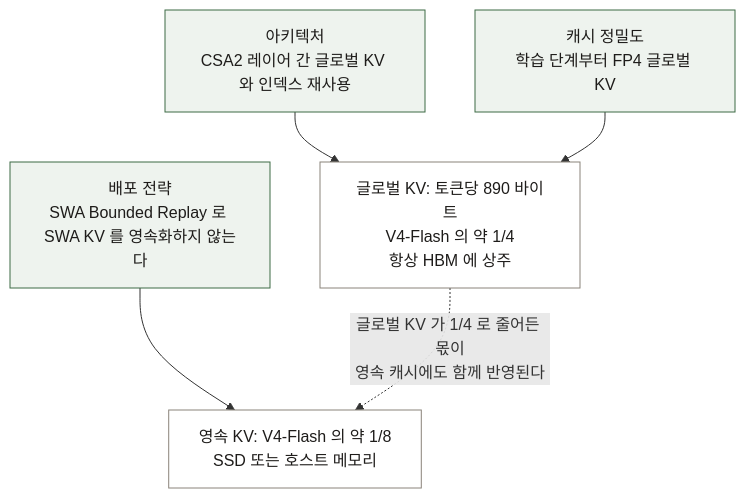
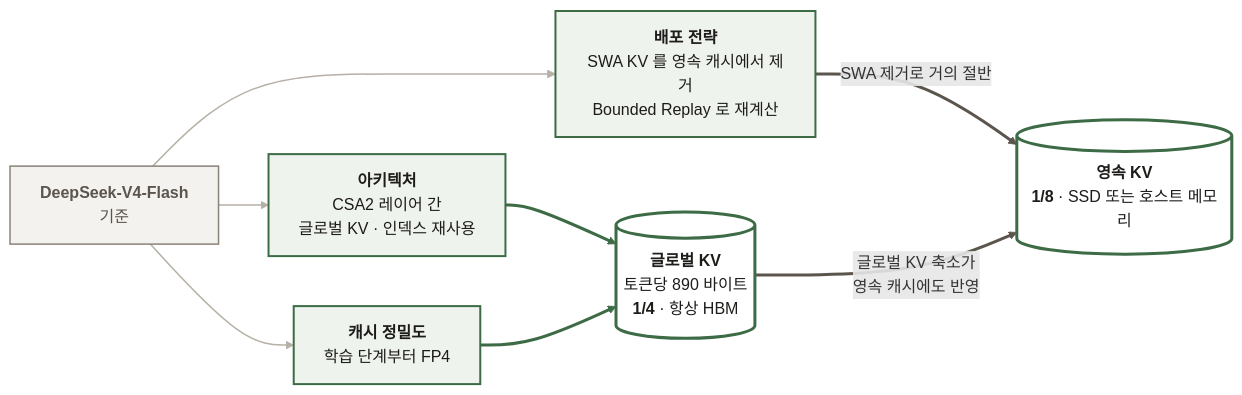
One commit to workdd/I_AM_ML_Engineer changed the third of 3 diagrams in readings/papers/[20260911] DeepSeek-V4.1-Flash_KV_Cache_Compression.md. Above: the diagram before and after it, drawn with Mermaid. The commit also changed other lines of this file and 1 other file, not shown here.

First line of the commit message:
docs: 다이어그램을 Mermaid 고급 문법으로 다시 그림

````diff
--- a/readings/papers/[20260911] DeepSeek-V4.1-Flash_KV_Cache_Compression.md
+++ b/readings/papers/[20260911] DeepSeek-V4.1-Flash_KV_Cache_Compression.md
@@ -87,19 +92,30 @@
 ```mermaid
-flowchart TB
-    A["아키텍처<br/>CSA2 레이어 간 글로벌 KV 와 인덱스 재사용"]
-    B["캐시 정밀도<br/>학습 단계부터 FP4 글로벌 KV"]
-    C["배포 전략<br/>SWA Bounded Replay 로 SWA KV 를 영속화하지 않는다"]
+flowchart LR
+  BASE@{ shape: rect, label: "**DeepSeek-V4-Flash**<br/>기준" }
 
-    G["글로벌 KV: 토큰당 890 바이트<br/>V4-Flash 의 약 1/4<br/>항상 HBM 에 상주"]
-    P["영속 KV: V4-Flash 의 약 1/8<br/>SSD 또는 호스트 메모리"]
+  A@{ shape: rect, label: "**아키텍처**<br/>CSA2 레이어 간<br/>글로벌 KV · 인덱스 재사용" }
+  B@{ shape: rect, label: "**캐시 정밀도**<br/>학습 단계부터 FP4" }
+  C@{ shape: rect, label: "**배포 전략**<br/>SWA KV 를 영속 캐시에서 제거<br/>Bounded Replay 로 재계산" }
 
-    A --> G
-    B --> G
-    C --> P
-    G -.->|"글로벌 KV 가 1/4 로 줄어든 몫이<br/>영속 캐시에도 함께 반영된다"| P
+  G@{ shape: cyl, label: "**글로벌 KV**<br/>토큰당 890 바이트<br/>**1/4** · 항상 HBM" }
+  P@{ shape: cyl, label: "**영속 KV**<br/>**1/8** · SSD 또는 호스트 메모리" }
 
-    classDef layer fill:#eef3ee,stroke:#3d6b45,color:#1e1c1a
-    classDef result fill:#fff,stroke:#8a837a,color:#1e1c1a
-    class A,B,C layer
-    class G,P result
+  BASE ==> A
+  BASE ==> B
+  BASE ==> C
+  A ==> G
+  B ==> G
+  C ==>|"SWA 제거로 거의 절반"| P
+  G ==>|"글로벌 KV 축소가<br/>영속 캐시에도 반영"| P
+
+  linkStyle 0,1,2 stroke:#b6b0a6,stroke-width:1.5px
+  linkStyle 3,4 stroke:#3d6b45,stroke-width:3px
+  linkStyle 5,6 stroke:#5b554e,stroke-width:3px
+
+  classDef base  fill:#f4f2ee,stroke:#8a837a,stroke-width:1.5px,color:#5b554e
+  classDef lever fill:#eef3ee,stroke:#3d6b45,stroke-width:2px,color:#1e1c1a
+  classDef out   fill:#ffffff,stroke:#3d6b45,stroke-width:3px,color:#1e1c1a
+  class BASE base
+  class A,B,C lever
+  class G,P out
 ```
````
